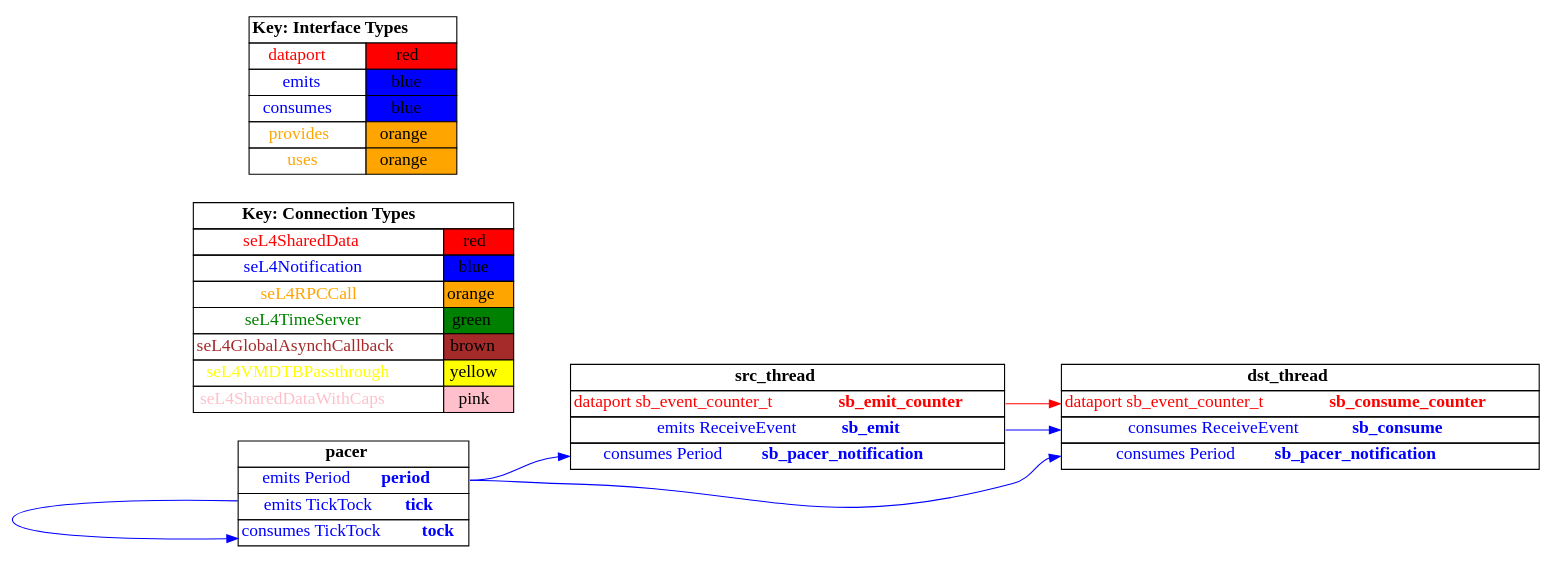
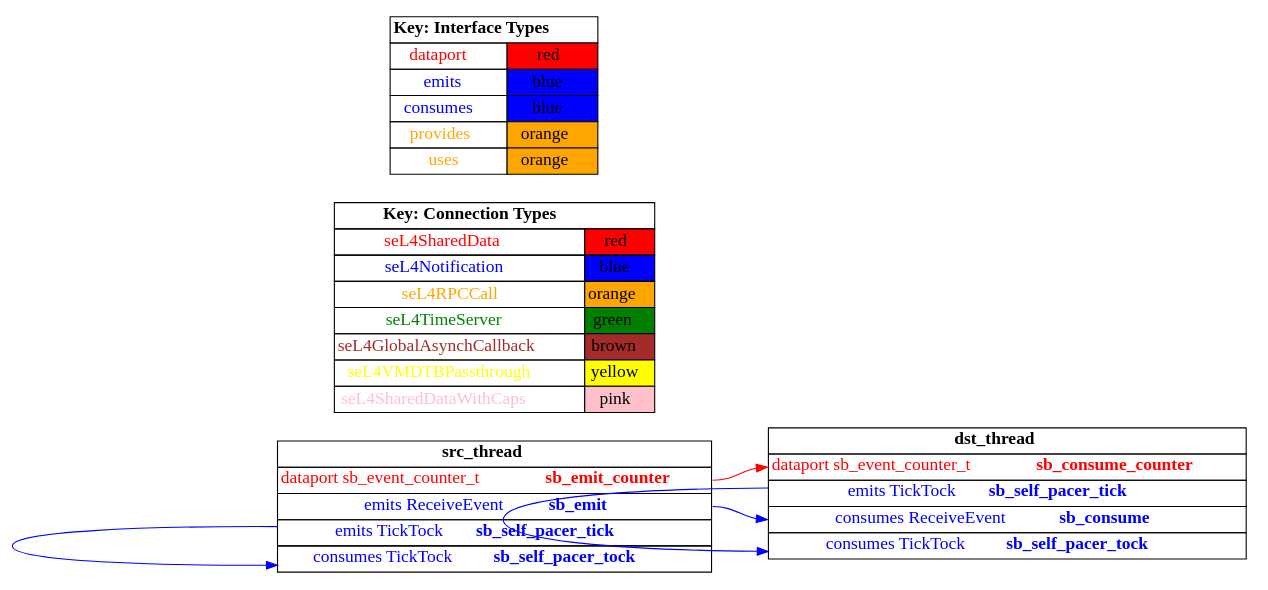
Before and after one commit to loonwerks/CASE: the diagram in TA5/tool-evaluation-4/HAMR/examples/test_event_port_periodic_domains/CAmkES_seL4/src/c/CAmkES_seL4/graph.dot, drawn with Graphviz. The commit also changed 115 other files, not shown here.

```diff
--- a/TA5/tool-evaluation-4/HAMR/examples/test_event_port_periodic_domains/CAmkES_seL4/src/c/CAmkES_seL4/graph.dot
+++ b/TA5/tool-evaluation-4/HAMR/examples/test_event_port_periodic_domains/CAmkES_seL4/src/c/CAmkES_seL4/graph.dot
@@ -1,109 +1,93 @@
 digraph g {
 graph [
   overlap = false,
   rankdir = "LR"
 ];
 node [
   fontsize = "16",
   shape = "ellipse"
 ];
 edge [
 ];
 
 src_thread [
   label=<
     <TABLE BORDER="0" CELLBORDER="1" CELLSPACING="0">
       <TR><TD><B>src_thread</B></TD></TR>
       <TR><TD PORT="sb_emit_counter"><FONT COLOR="red">dataport sb_event_counter_t <B>sb_emit_counter</B></FONT></TD></TR>
       <TR><TD PORT="sb_emit"><FONT COLOR="blue">emits ReceiveEvent <B>sb_emit</B></FONT></TD></TR>
-      <TR><TD PORT="sb_pacer_notification"><FONT COLOR="blue">consumes Period <B>sb_pacer_notification</B></FONT></TD></TR>"
+      <TR><TD PORT="sb_self_pacer_tick"><FONT COLOR="blue">emits TickTock <B>sb_self_pacer_tick</B></FONT></TD></TR>
+      <TR><TD PORT="sb_self_pacer_tock"><FONT COLOR="blue">consumes TickTock <B>sb_self_pacer_tock</B></FONT></TD></TR>"
     </TABLE>
   >
   shape=plaintext
 ];
 
 dst_thread [
   label=<
     <TABLE BORDER="0" CELLBORDER="1" CELLSPACING="0">
       <TR><TD><B>dst_thread</B></TD></TR>
       <TR><TD PORT="sb_consume_counter"><FONT COLOR="red">dataport sb_event_counter_t <B>sb_consume_counter</B></FONT></TD></TR>
+      <TR><TD PORT="sb_self_pacer_tick"><FONT COLOR="blue">emits TickTock <B>sb_self_pacer_tick</B></FONT></TD></TR>
       <TR><TD PORT="sb_consume"><FONT COLOR="blue">consumes ReceiveEvent <B>sb_consume</B></FONT></TD></TR>
-      <TR><TD PORT="sb_pacer_notification"><FONT COLOR="blue">consumes Period <B>sb_pacer_notification</B></FONT></TD></TR>"
-    </TABLE>
-  >
-  shape=plaintext
-];
-
-pacer [
-  label=<
-    <TABLE BORDER="0" CELLBORDER="1" CELLSPACING="0">
-      <TR><TD><B>pacer</B></TD></TR>
-      <TR><TD PORT="period"><FONT COLOR="blue">emits Period <B>period</B></FONT></TD></TR>
-      <TR><TD PORT="tick"><FONT COLOR="blue">emits TickTock <B>tick</B></FONT></TD></TR>
-      <TR><TD PORT="tock"><FONT COLOR="blue">consumes TickTock <B>tock</B></FONT></TD></TR>"
+      <TR><TD PORT="sb_self_pacer_tock"><FONT COLOR="blue">consumes TickTock <B>sb_self_pacer_tock</B></FONT></TD></TR>"
     </TABLE>
   >
   shape=plaintext
 ];
 
 connectiontypekey [
   label=<
    <TABLE BORDER="0" CELLBORDER="1" CELLSPACING="0">
      <TR><TD COLSPAN="2"><B>Key: Connection Types</B></TD></TR>
      <TR><TD><FONT COLOR="red">seL4SharedData</FONT></TD><TD BGCOLOR="red">red</TD></TR>
      <TR><TD><FONT COLOR="blue">seL4Notification</FONT></TD><TD BGCOLOR="blue">blue</TD></TR>
      <TR><TD><FONT COLOR="orange">seL4RPCCall</FONT></TD><TD BGCOLOR="orange">orange</TD></TR>
      <TR><TD><FONT COLOR="green">seL4TimeServer</FONT></TD><TD BGCOLOR="green">green</TD></TR>
      <TR><TD><FONT COLOR="brown">seL4GlobalAsynchCallback</FONT></TD><TD BGCOLOR="brown">brown</TD></TR>
      <TR><TD><FONT COLOR="yellow">seL4VMDTBPassthrough</FONT></TD><TD BGCOLOR="yellow">yellow</TD></TR>
      <TR><TD><FONT COLOR="pink">seL4SharedDataWithCaps</FONT></TD><TD BGCOLOR="pink">pink</TD></TR>
    </TABLE>
   >
   shape=plaintext
 ];
 
 interfacetypekey [
   label=<
    <TABLE BORDER="0" CELLBORDER="1" CELLSPACING="0">
      <TR><TD COLSPAN="2"><B>Key: Interface Types</B></TD></TR>
      <TR><TD><FONT COLOR="red">dataport</FONT></TD><TD BGCOLOR="red">red</TD></TR>
      <TR><TD><FONT COLOR="blue">emits</FONT></TD><TD BGCOLOR="blue">blue</TD></TR>
      <TR><TD><FONT COLOR="blue">consumes</FONT></TD><TD BGCOLOR="blue">blue</TD></TR>
      <TR><TD><FONT COLOR="orange">provides</FONT></TD><TD BGCOLOR="orange">orange</TD></TR>
      <TR><TD><FONT COLOR="orange">uses</FONT></TD><TD BGCOLOR="orange">orange</TD></TR>
    </TABLE>
   >
   shape=plaintext
 ];
 
 "src_thread":sb_emit -> "dst_thread":sb_consume [
   color="blue"
   //label = "seL4Notification"
   id = conn1
 ];
 
 "src_thread":sb_emit_counter -> "dst_thread":sb_consume_counter [
   color="red"
   //label = "seL4SharedData"
   id = conn2
 ];
 
-"pacer":tick -> "pacer":tock [
+"src_thread":sb_self_pacer_tick -> "src_thread":sb_self_pacer_tock [
   color="blue"
   //label = "seL4Notification"
   id = conn3
 ];
 
-"pacer":period -> "src_thread":sb_pacer_notification [
+"dst_thread":sb_self_pacer_tick -> "dst_thread":sb_self_pacer_tock [
   color="blue"
   //label = "seL4Notification"
   id = conn4
 ];
 
-"pacer":period -> "dst_thread":sb_pacer_notification [
-  color="blue"
-  //label = "seL4Notification"
-  id = conn5
-];
-
 }
```
